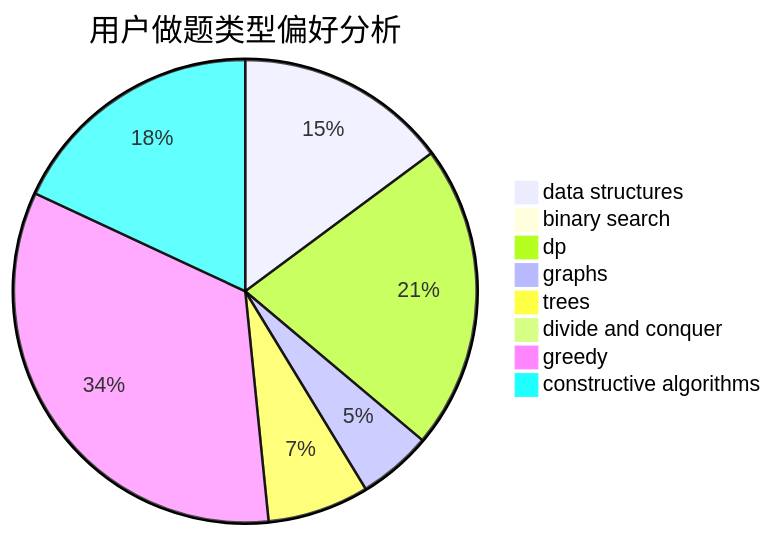
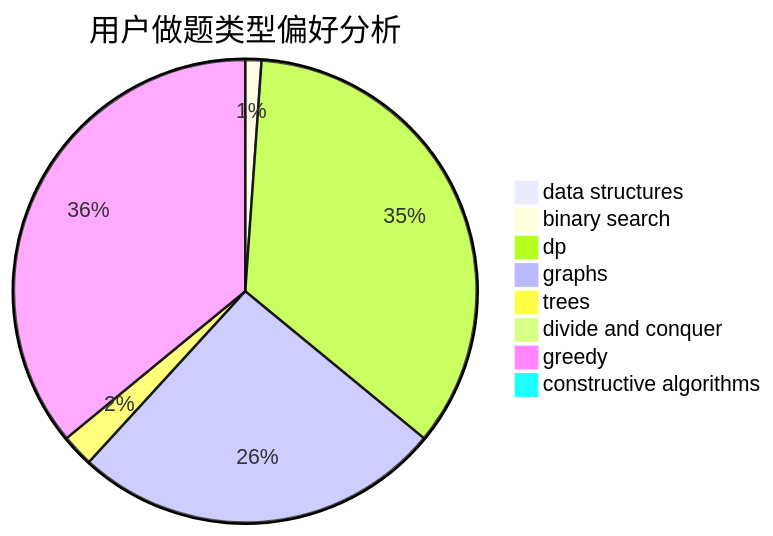
Before and after one commit to sherpahu/cfrs.github.io: the second of 3 diagrams in docs/user/u2572.md, drawn with Mermaid. The commit also changed other lines of this file and 2770 other files, not shown here.

````diff
--- a/docs/user/u2572.md
+++ b/docs/user/u2572.md
@@ -23,11 +23,11 @@
 ```mermaid
 pie title 用户做题类型偏好分析
-    "data structures" :  23
-    "binary search" :  0
-    "dp" :  33
-    "graphs" :  8
-    "trees" :  11
+    "data structures" :  0
+    "binary search" :  1
+    "dp" :  31
+    "graphs" :  23
+    "trees" :  2
     "divide and conquer" :  0
-    "greedy" :  52
-    "constructive algorithms" :  28
+    "greedy" :  32
+    "constructive algorithms" :  0
 ```
````
